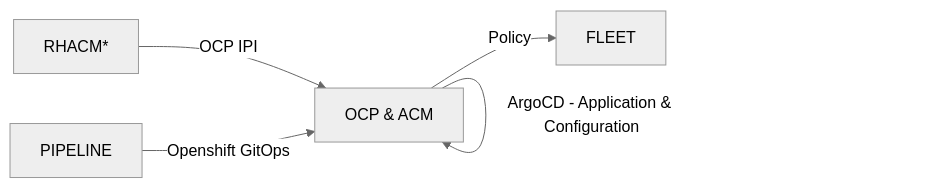
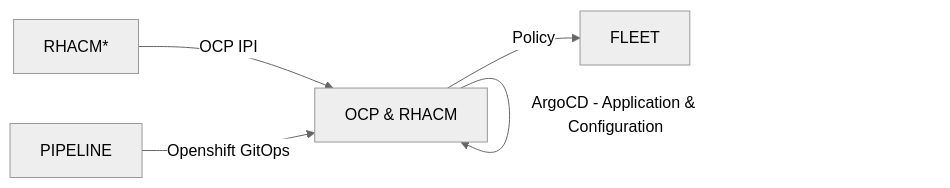
One commit to cdoan1/static-site-starter-src changed the second of 2 diagrams in docs/design.md. Above: the diagram before and after it, drawn with Mermaid (neutral theme). The commit also changed other lines of this file, not shown here.

````diff
--- a/docs/design.md
+++ b/docs/design.md
@@ -54,7 +54,7 @@
 ```mermaid
 graph LR
-    RHACM[RHACM*] --> |OCP IPI| OCP[OCP & ACM]
+    RHACM[RHACM*] --> |OCP IPI| OCP[OCP & RHACM]
     PIPELINE --> |Openshift GitOps| OCP
     OCP --> |ArgoCD - Application & Configuration| OCP
     OCP --> |Policy| FLEET
 ```
````
